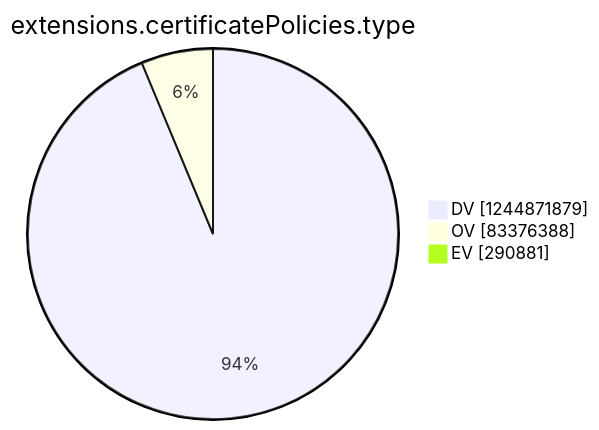
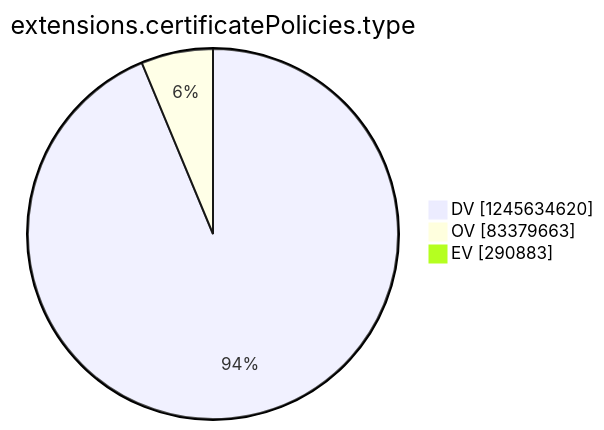
One commit to christiankrug/ctmonitor_visualization changed the tenth of 15 diagrams in argon2022/README.md. Above: the diagram before and after it, drawn with Mermaid. The commit also changed other lines of this file, not shown here.

````diff
--- a/argon2022/README.md
+++ b/argon2022/README.md
@@ -2771,7 +2771,7 @@
 ```mermaid
 pie showData
 title extensions.certificatePolicies.type
-"DV" :1244871879
-"OV" :83376388
-"EV" :290881
+"DV" :1245634620
+"OV" :83379663
+"EV" :290883
 ```
````
